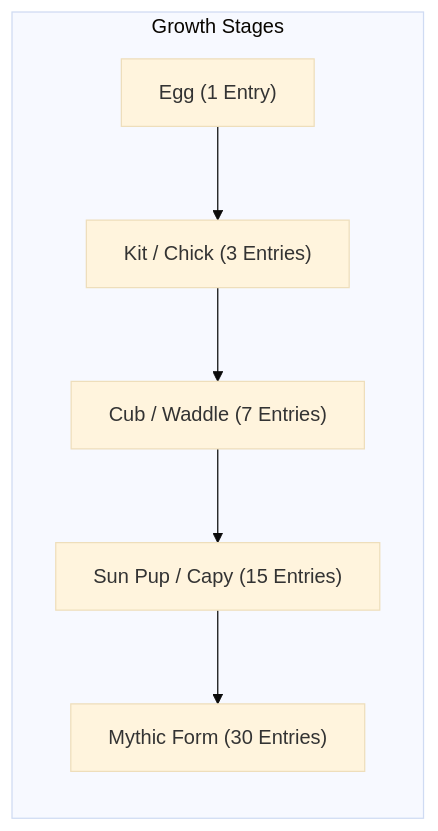
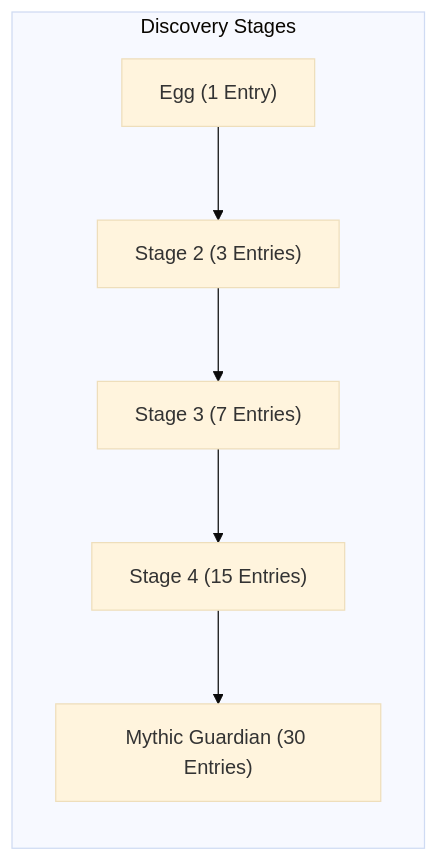
One commit to gtxPrime/Lore changed the diagram in README.md. Above: the diagram before and after it, drawn with Mermaid (base theme). The commit also changed other lines of this file and 1 other file, not shown here.

````diff
--- a/README.md
+++ b/README.md
@@ -83,9 +83,9 @@
 ```mermaid
 graph LR
-    subgraph Growth Stages
-        A["Egg (1 Entry)"] --> B["Kit / Chick (3 Entries)"]
-        B --> C["Cub / Waddle (7 Entries)"]
-        C --> D["Sun Pup / Capy (15 Entries)"]
-        D --> E["Mythic Form (30 Entries)"]
+    subgraph Discovery Stages
+        A["Egg (1 Entry)"] --> B["Stage 2 (3 Entries)"]
+        B --> C["Stage 3 (7 Entries)"]
+        C --> D["Stage 4 (15 Entries)"]
+        D --> E["Mythic Guardian (30 Entries)"]
     end
 ```
````
